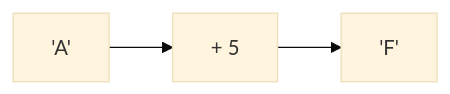
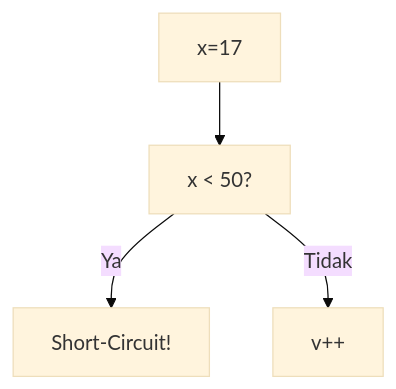
One commit to amnahwaida/OSNK_INF_PREP changed diagram 14 of 25 in part-c-pemahaman-cpp/02-percabangan/latihan/set-05.md. Above: the diagram before and after it, drawn with Mermaid (base theme). The commit also changed other lines of this file and 71 other files, not shown here.

````diff
--- a/part-c-pemahaman-cpp/02-percabangan/latihan/set-05.md
+++ b/part-c-pemahaman-cpp/02-percabangan/latihan/set-05.md
@@ -428,5 +388,6 @@
 ```mermaid
-graph LR
-A["'A'"] --> B["+ 5"]
-B --> C["'F'"]
+graph TD
+A["x=17"] --> B["x < 50?"]
+B -- Ya --> C["Short-Circuit!"]
+B -- Tidak --> D["v++"]
 ```
````
